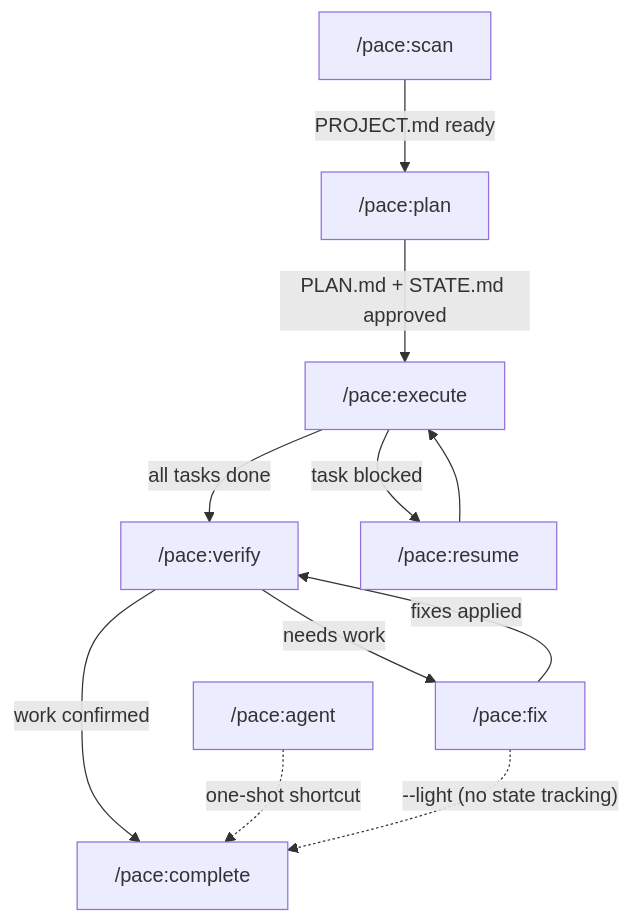
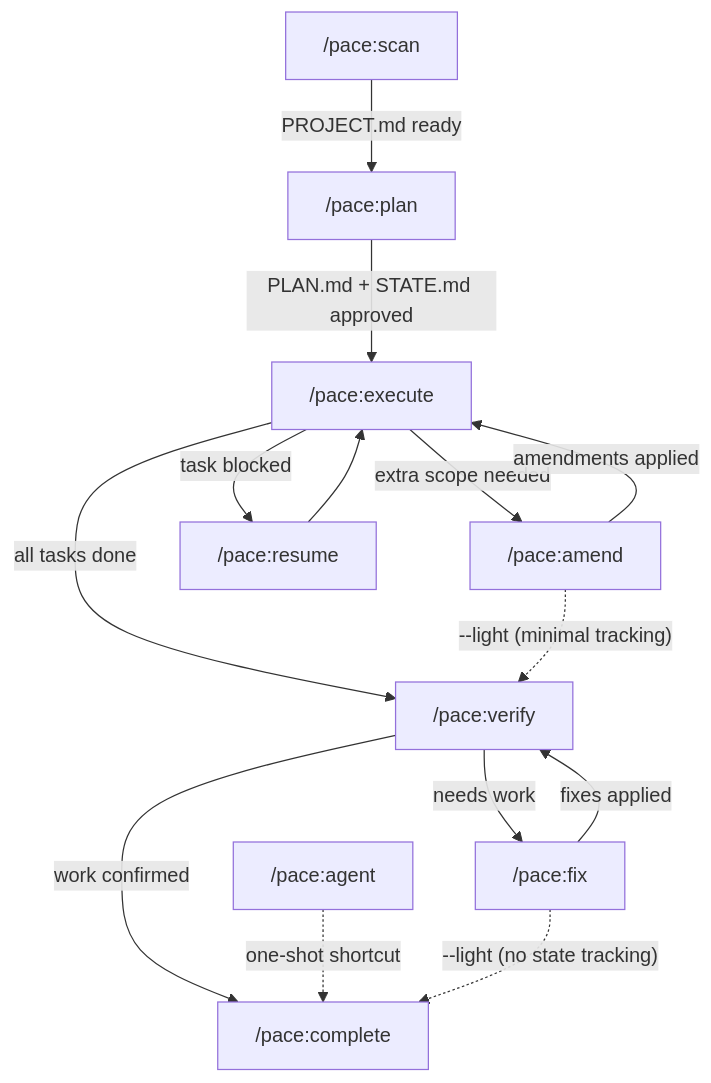
Before and after one commit to jwprichard/pace: the first of 5 diagrams in docs/architecture.md, drawn with Mermaid. The commit also changed other lines of this file and 5 other files, not shown here.

First line of the commit message:
Add /pace:amend command for mid-plan task additions

````diff
--- a/docs/architecture.md
+++ b/docs/architecture.md
@@ -5,23 +5,27 @@
 ```mermaid
 flowchart TD
     scan["/pace:scan"]
     plan["/pace:plan"]
     execute["/pace:execute"]
     agent["/pace:agent"]
     verify["/pace:verify"]
     fix["/pace:fix"]
+    amend["/pace:amend"]
     complete["/pace:complete"]
     resume["/pace:resume"]
 
     scan -->|PROJECT.md ready| plan
     plan -->|PLAN.md + STATE.md approved| execute
     execute -->|all tasks done| verify
     verify -->|work confirmed| complete
     verify -->|needs work| fix
     fix -->|fixes applied| verify
+    execute -->|extra scope needed| amend
+    amend -->|amendments applied| execute
     execute -->|task blocked| resume
     resume --> execute
 
     agent -.->|one-shot shortcut| complete
     fix -.->|"--light (no state tracking)"| complete
+    amend -.->|"--light (minimal tracking)"| verify
 ```
````
